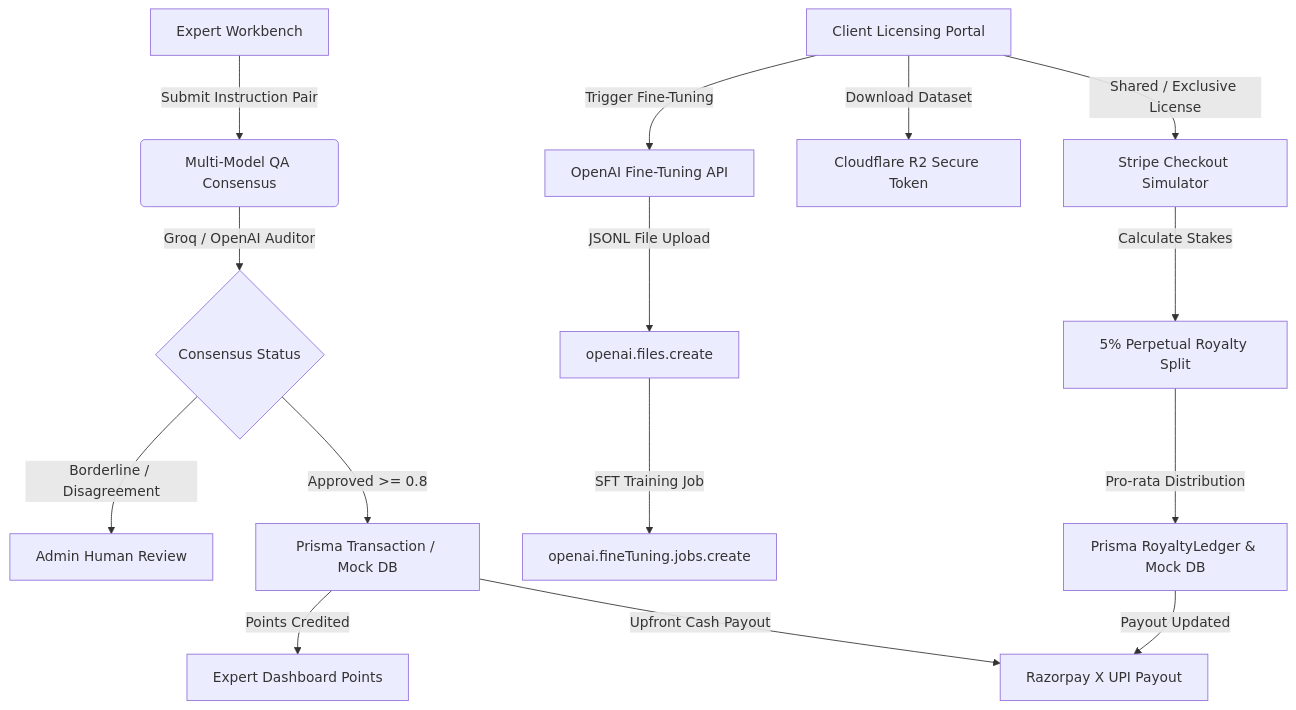
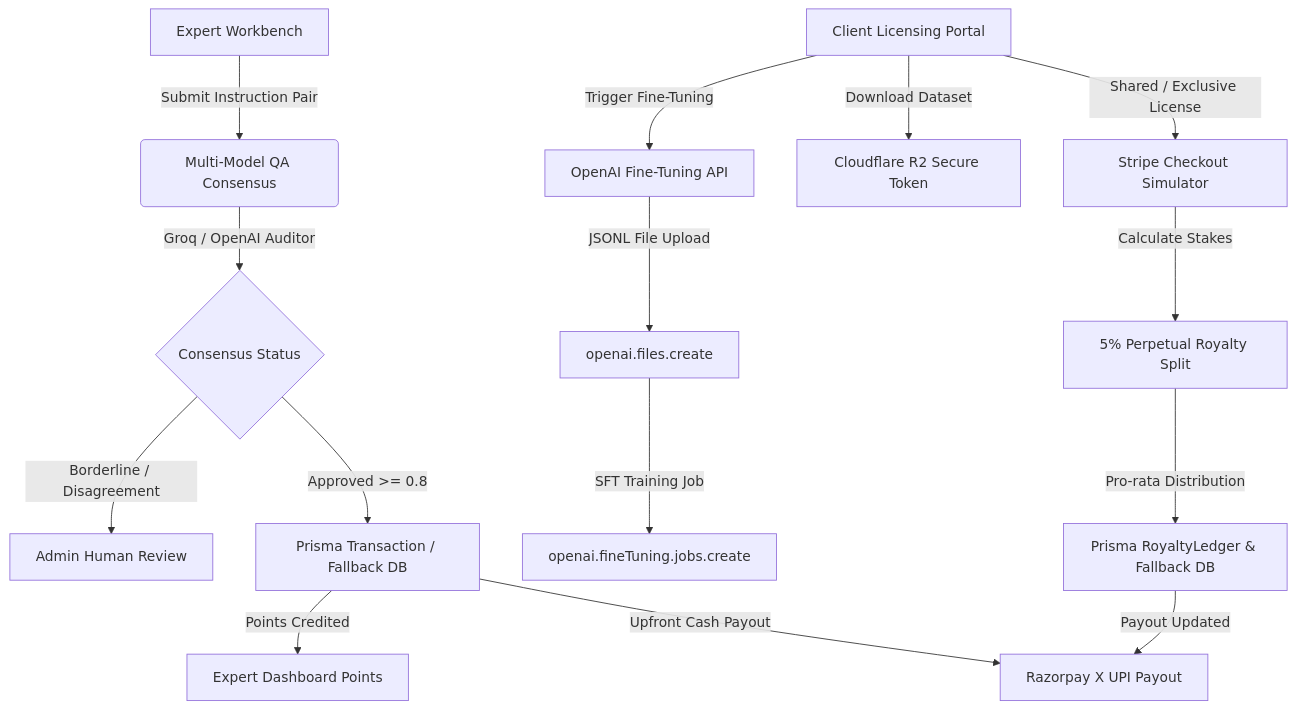
Before and after one commit to noekunn/Axiom: the diagram in README.md, drawn with Mermaid. The commit also changed other lines of this file, not shown here.

````diff
--- a/README.md
+++ b/README.md
@@ -40,19 +34,19 @@
 ```mermaid
 graph TD
     A[Expert Workbench] -->|Submit Instruction Pair| B(Multi-Model QA Consensus)
     B -->|Groq / OpenAI Auditor| C{Consensus Status}
-    C -->|Approved >= 0.8| D[Prisma Transaction / Mock DB]
+    C -->|Approved >= 0.8| D[Prisma Transaction / Fallback DB]
     C -->|Borderline / Disagreement| E[Admin Human Review]
     D -->|Upfront Cash Payout| F[Razorpay X UPI Payout]
     D -->|Points Credited| G[Expert Dashboard Points]
     
     H[Client Licensing Portal] -->|Shared / Exclusive License| I[Stripe Checkout Simulator]
     I -->|Calculate Stakes| J[5% Perpetual Royalty Split]
-    J -->|Pro-rata Distribution| K[Prisma RoyaltyLedger & Mock DB]
+    J -->|Pro-rata Distribution| K[Prisma RoyaltyLedger & Fallback DB]
     K -->|Payout Updated| F
     
     H -->|Download Dataset| L[Cloudflare R2 Secure Token]
     H -->|Trigger Fine-Tuning| M[OpenAI Fine-Tuning API]
     M -->|JSONL File Upload| N[openai.files.create]
     N -->|SFT Training Job| O[openai.fineTuning.jobs.create]
 ```
````
